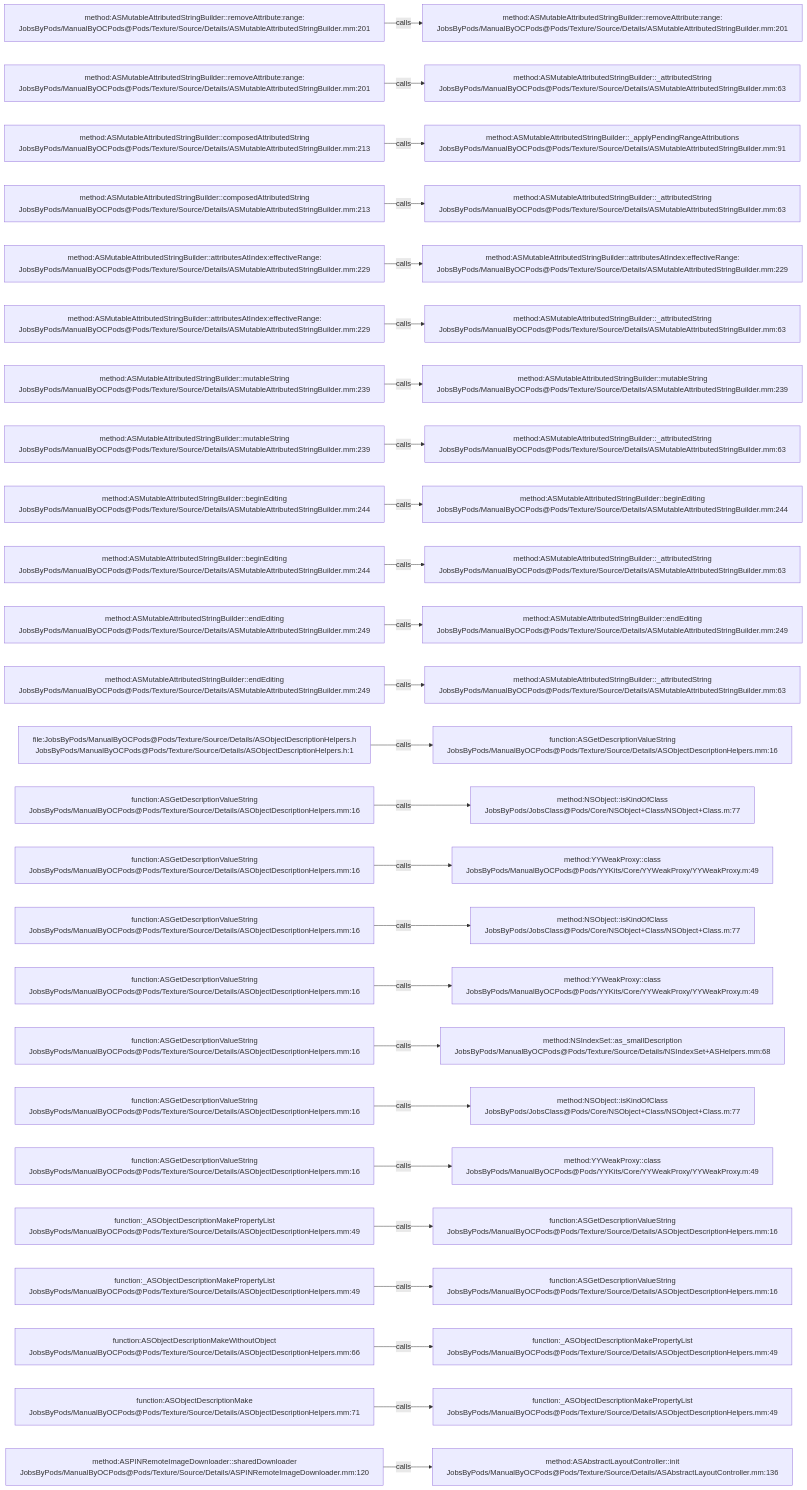
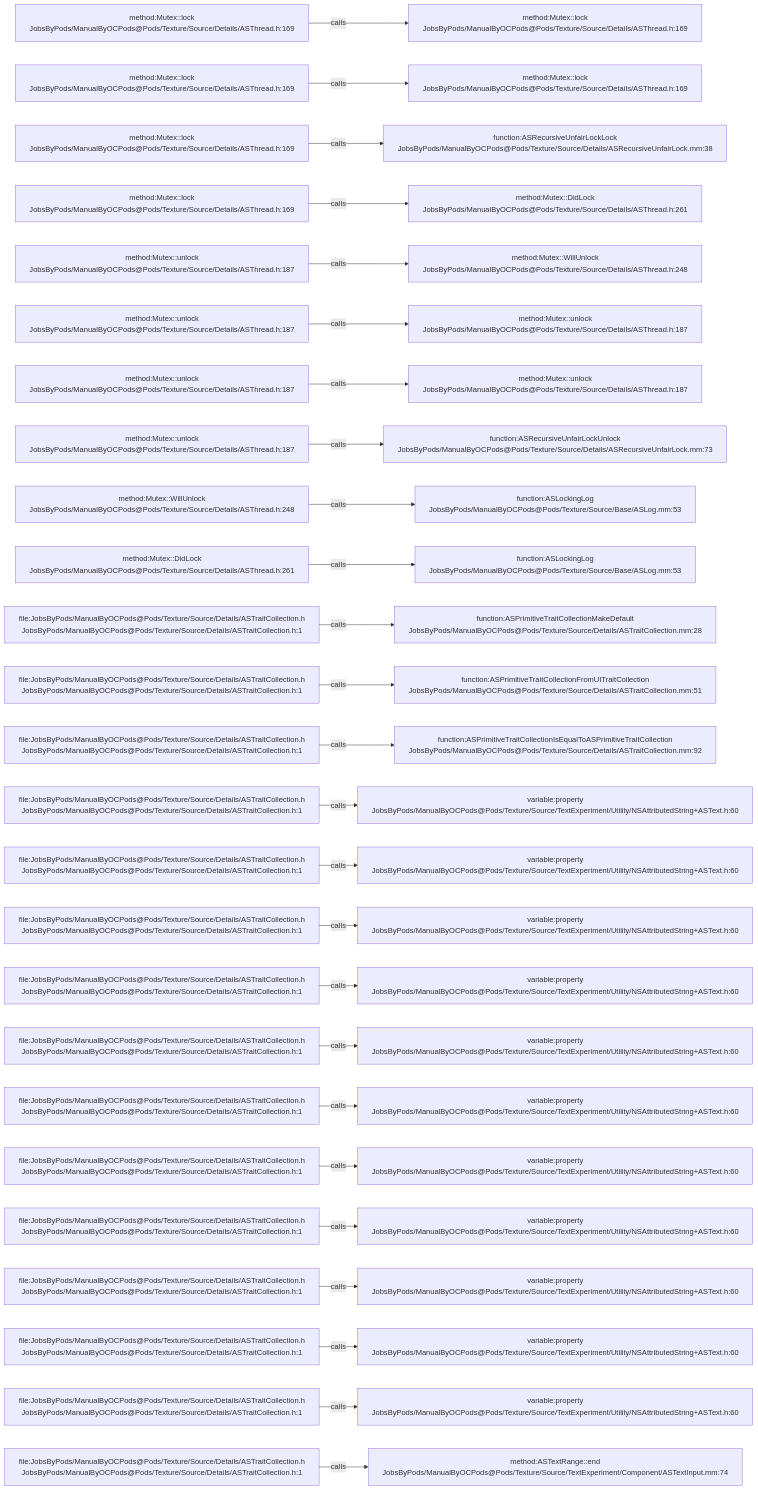
Before and after one commit to JobsKits/JobsOCBaseConfigDemo: the diagram in .codegraph/codegraph.md/graphs/calls-168.md, drawn with Mermaid. The commit also changed 1223 other files, not shown here.

````diff
--- a/.codegraph/codegraph.md/graphs/calls-168.md
+++ b/.codegraph/codegraph.md/graphs/calls-168.md
@@ -13,78 +13,78 @@
 ```mermaid
 flowchart LR
-  S1["method:ASMutableAttributedStringBuilder::removeAttribute:range:<br/>JobsByPods/ManualByOCPods@Pods/Texture/Source/Details/ASMutableAttributedStringBuilder.mm:201"]
-  T1["method:ASMutableAttributedStringBuilder::removeAttribute:range:<br/>JobsByPods/ManualByOCPods@Pods/Texture/Source/Details/ASMutableAttributedStringBuilder.mm:201"]
+  S1["method:Mutex::lock<br/>JobsByPods/ManualByOCPods@Pods/Texture/Source/Details/ASThread.h:169"]
+  T1["method:Mutex::lock<br/>JobsByPods/ManualByOCPods@Pods/Texture/Source/Details/ASThread.h:169"]
   S1 -->|calls| T1
-  S2["method:ASMutableAttributedStringBuilder::removeAttribute:range:<br/>JobsByPods/ManualByOCPods@Pods/Texture/Source/Details/ASMutableAttributedStringBuilder.mm:201"]
-  T2["method:ASMutableAttributedStringBuilder::_attributedString<br/>JobsByPods/ManualByOCPods@Pods/Texture/Source/Details/ASMutableAttributedStringBuilder.mm:63"]
+  S2["method:Mutex::lock<br/>JobsByPods/ManualByOCPods@Pods/Texture/Source/Details/ASThread.h:169"]
+  T2["method:Mutex::lock<br/>JobsByPods/ManualByOCPods@Pods/Texture/Source/Details/ASThread.h:169"]
   S2 -->|calls| T2
-  S3["method:ASMutableAttributedStringBuilder::composedAttributedString<br/>JobsByPods/ManualByOCPods@Pods/Texture/Source/Details/ASMutableAttributedStringBuilder.mm:213"]
-  T3["method:ASMutableAttributedStringBuilder::_applyPendingRangeAttributions<br/>JobsByPods/ManualByOCPods@Pods/Texture/Source/Details/ASMutableAttributedStringBuilder.mm:91"]
+  S3["method:Mutex::lock<br/>JobsByPods/ManualByOCPods@Pods/Texture/Source/Details/ASThread.h:169"]
+  T3["function:ASRecursiveUnfairLockLock<br/>JobsByPods/ManualByOCPods@Pods/Texture/Source/Details/ASRecursiveUnfairLock.mm:38"]
   S3 -->|calls| T3
-  S4["method:ASMutableAttributedStringBuilder::composedAttributedString<br/>JobsByPods/ManualByOCPods@Pods/Texture/Source/Details/ASMutableAttributedStringBuilder.mm:213"]
-  T4["method:ASMutableAttributedStringBuilder::_attributedString<br/>JobsByPods/ManualByOCPods@Pods/Texture/Source/Details/ASMutableAttributedStringBuilder.mm:63"]
+  S4["method:Mutex::lock<br/>JobsByPods/ManualByOCPods@Pods/Texture/Source/Details/ASThread.h:169"]
+  T4["method:Mutex::DidLock<br/>JobsByPods/ManualByOCPods@Pods/Texture/Source/Details/ASThread.h:261"]
   S4 -->|calls| T4
-  S5["method:ASMutableAttributedStringBuilder::attributesAtIndex:effectiveRange:<br/>JobsByPods/ManualByOCPods@Pods/Texture/Source/Details/ASMutableAttributedStringBuilder.mm:229"]
-  T5["method:ASMutableAttributedStringBuilder::attributesAtIndex:effectiveRange:<br/>JobsByPods/ManualByOCPods@Pods/Texture/Source/Details/ASMutableAttributedStringBuilder.mm:229"]
+  S5["method:Mutex::unlock<br/>JobsByPods/ManualByOCPods@Pods/Texture/Source/Details/ASThread.h:187"]
+  T5["method:Mutex::WillUnlock<br/>JobsByPods/ManualByOCPods@Pods/Texture/Source/Details/ASThread.h:248"]
   S5 -->|calls| T5
-  S6["method:ASMutableAttributedStringBuilder::attributesAtIndex:effectiveRange:<br/>JobsByPods/ManualByOCPods@Pods/Texture/Source/Details/ASMutableAttributedStringBuilder.mm:229"]
-  T6["method:ASMutableAttributedStringBuilder::_attributedString<br/>JobsByPods/ManualByOCPods@Pods/Texture/Source/Details/ASMutableAttributedStringBuilder.mm:63"]
+  S6["method:Mutex::unlock<br/>JobsByPods/ManualByOCPods@Pods/Texture/Source/Details/ASThread.h:187"]
+  T6["method:Mutex::unlock<br/>JobsByPods/ManualByOCPods@Pods/Texture/Source/Details/ASThread.h:187"]
   S6 -->|calls| T6
-  S7["method:ASMutableAttributedStringBuilder::mutableString<br/>JobsByPods/ManualByOCPods@Pods/Texture/Source/Details/ASMutableAttributedStringBuilder.mm:239"]
-  T7["method:ASMutableAttributedStringBuilder::mutableString<br/>JobsByPods/ManualByOCPods@Pods/Texture/Source/Details/ASMutableAttributedStringBuilder.mm:239"]
+  S7["method:Mutex::unlock<br/>JobsByPods/ManualByOCPods@Pods/Texture/Source/Details/ASThread.h:187"]
+  T7["method:Mutex::unlock<br/>JobsByPods/ManualByOCPods@Pods/Texture/Source/Details/ASThread.h:187"]
   S7 -->|calls| T7
-  S8["method:ASMutableAttributedStringBuilder::mutableString<br/>JobsByPods/ManualByOCPods@Pods/Texture/Source/Details/ASMutableAttributedStringBuilder.mm:239"]
-  T8["method:ASMutableAttributedStringBuilder::_attributedString<br/>JobsByPods/ManualByOCPods@Pods/Texture/Source/Details/ASMutableAttributedStringBuilder.mm:63"]
+  S8["method:Mutex::unlock<br/>JobsByPods/ManualByOCPods@Pods/Texture/Source/Details/ASThread.h:187"]
+  T8["function:ASRecursiveUnfairLockUnlock<br/>JobsByPods/ManualByOCPods@Pods/Texture/Source/Details/ASRecursiveUnfairLock.mm:73"]
   S8 -->|calls| T8
-  S9["method:ASMutableAttributedStringBuilder::beginEditing<br/>JobsByPods/ManualByOCPods@Pods/Texture/Source/Details/ASMutableAttributedStringBuilder.mm:244"]
-  T9["method:ASMutableAttributedStringBuilder::beginEditing<br/>JobsByPods/ManualByOCPods@Pods/Texture/Source/Details/ASMutableAttributedStringBuilder.mm:244"]
+  S9["method:Mutex::WillUnlock<br/>JobsByPods/ManualByOCPods@Pods/Texture/Source/Details/ASThread.h:248"]
+  T9["function:ASLockingLog<br/>JobsByPods/ManualByOCPods@Pods/Texture/Source/Base/ASLog.mm:53"]
   S9 -->|calls| T9
-  S10["method:ASMutableAttributedStringBuilder::beginEditing<br/>JobsByPods/ManualByOCPods@Pods/Texture/Source/Details/ASMutableAttributedStringBuilder.mm:244"]
-  T10["method:ASMutableAttributedStringBuilder::_attributedString<br/>JobsByPods/ManualByOCPods@Pods/Texture/Source/Details/ASMutableAttributedStringBuilder.mm:63"]
+  S10["method:Mutex::DidLock<br/>JobsByPods/ManualByOCPods@Pods/Texture/Source/Details/ASThread.h:261"]
+  T10["function:ASLockingLog<br/>JobsByPods/ManualByOCPods@Pods/Texture/Source/Base/ASLog.mm:53"]
   S10 -->|calls| T10
-  S11["method:ASMutableAttributedStringBuilder::endEditing<br/>JobsByPods/ManualByOCPods@Pods/Texture/Source/Details/ASMutableAttributedStringBuilder.mm:249"]
-  T11["method:ASMutableAttributedStringBuilder::endEditing<br/>JobsByPods/ManualByOCPods@Pods/Texture/Source/Details/ASMutableAttributedStringBuilder.mm:249"]
+  S11["file:JobsByPods/ManualByOCPods@Pods/Texture/Source/Details/ASTraitCollection.h<br/>JobsByPods/ManualByOCPods@Pods/Texture/Source/Details/ASTraitCollection.h:1"]
+  T11["function:ASPrimitiveTraitCollectionMakeDefault<br/>JobsByPods/ManualByOCPods@Pods/Texture/Source/Details/ASTraitCollection.mm:28"]
   S11 -->|calls| T11
-  S12["method:ASMutableAttributedStringBuilder::endEditing<br/>JobsByPods/ManualByOCPods@Pods/Texture/Source/Details/ASMutableAttributedStringBuilder.mm:249"]
-  T12["method:ASMutableAttributedStringBuilder::_attributedString<br/>JobsByPods/ManualByOCPods@Pods/Texture/Source/Details/ASMutableAttributedStringBuilder.mm:63"]
+  S12["file:JobsByPods/ManualByOCPods@Pods/Texture/Source/Details/ASTraitCollection.h<br/>JobsByPods/ManualByOCPods@Pods/Texture/Source/Details/ASTraitCollection.h:1"]
+  T12["function:ASPrimitiveTraitCollectionFromUITraitCollection<br/>JobsByPods/ManualByOCPods@Pods/Texture/Source/Details/ASTraitCollection.mm:51"]
   S12 -->|calls| T12
-  S13["file:JobsByPods/ManualByOCPods@Pods/Texture/Source/Details/ASObjectDescriptionHelpers.h<br/>JobsByPods/ManualByOCPods@Pods/Texture/Source/Details/ASObjectDescriptionHelpers.h:1"]
-  T13["function:ASGetDescriptionValueString<br/>JobsByPods/ManualByOCPods@Pods/Texture/Source/Details/ASObjectDescriptionHelpers.mm:16"]
+  S13["file:JobsByPods/ManualByOCPods@Pods/Texture/Source/Details/ASTraitCollection.h<br/>JobsByPods/ManualByOCPods@Pods/Texture/Source/Details/ASTraitCollection.h:1"]
+  T13["function:ASPrimitiveTraitCollectionIsEqualToASPrimitiveTraitCollection<br/>JobsByPods/ManualByOCPods@Pods/Texture/Source/Details/ASTraitCollection.mm:92"]
   S13 -->|calls| T13
-  S14["function:ASGetDescriptionValueString<br/>JobsByPods/ManualByOCPods@Pods/Texture/Source/Details/ASObjectDescriptionHelpers.mm:16"]
-  T14["method:NSObject::isKindOfClass<br/>JobsByPods/JobsClass@Pods/Core/NSObject+Class/NSObject+Class.m:77"]
+  S14["file:JobsByPods/ManualByOCPods@Pods/Texture/Source/Details/ASTraitCollection.h<br/>JobsByPods/ManualByOCPods@Pods/Texture/Source/Details/ASTraitCollection.h:1"]
+  T14["variable:property<br/>JobsByPods/ManualByOCPods@Pods/Texture/Source/TextExperiment/Utility/NSAttributedString+ASText.h:60"]
   S14 -->|calls| T14
-  S15["function:ASGetDescriptionValueString<br/>JobsByPods/ManualByOCPods@Pods/Texture/Source/Details/ASObjectDescriptionHelpers.mm:16"]
-  T15["method:YYWeakProxy::class<br/>JobsByPods/ManualByOCPods@Pods/YYKits/Core/YYWeakProxy/YYWeakProxy.m:49"]
+  S15["file:JobsByPods/ManualByOCPods@Pods/Texture/Source/Details/ASTraitCollection.h<br/>JobsByPods/ManualByOCPods@Pods/Texture/Source/Details/ASTraitCollection.h:1"]
+  T15["variable:property<br/>JobsByPods/ManualByOCPods@Pods/Texture/Source/TextExperiment/Utility/NSAttributedString+ASText.h:60"]
   S15 -->|calls| T15
-  S16["function:ASGetDescriptionValueString<br/>JobsByPods/ManualByOCPods@Pods/Texture/Source/Details/ASObjectDescriptionHelpers.mm:16"]
-  T16["method:NSObject::isKindOfClass<br/>JobsByPods/JobsClass@Pods/Core/NSObject+Class/NSObject+Class.m:77"]
+  S16["file:JobsByPods/ManualByOCPods@Pods/Texture/Source/Details/ASTraitCollection.h<br/>JobsByPods/ManualByOCPods@Pods/Texture/Source/Details/ASTraitCollection.h:1"]
+  T16["variable:property<br/>JobsByPods/ManualByOCPods@Pods/Texture/Source/TextExperiment/Utility/NSAttributedString+ASText.h:60"]
   S16 -->|calls| T16
-  S17["function:ASGetDescriptionValueString<br/>JobsByPods/ManualByOCPods@Pods/Texture/Source/Details/ASObjectDescriptionHelpers.mm:16"]
-  T17["method:YYWeakProxy::class<br/>JobsByPods/ManualByOCPods@Pods/YYKits/Core/YYWeakProxy/YYWeakProxy.m:49"]
+  S17["file:JobsByPods/ManualByOCPods@Pods/Texture/Source/Details/ASTraitCollection.h<br/>JobsByPods/ManualByOCPods@Pods/Texture/Source/Details/ASTraitCollection.h:1"]
+  T17["variable:property<br/>JobsByPods/ManualByOCPods@Pods/Texture/Source/TextExperiment/Utility/NSAttributedString+ASText.h:60"]
   S17 -->|calls| T17
-  S18["function:ASGetDescriptionValueString<br/>JobsByPods/ManualByOCPods@Pods/Texture/Source/Details/ASObjectDescriptionHelpers.mm:16"]
-  T18["method:NSIndexSet::as_smallDescription<br/>JobsByPods/ManualByOCPods@Pods/Texture/Source/Details/NSIndexSet+ASHelpers.mm:68"]
+  S18["file:JobsByPods/ManualByOCPods@Pods/Texture/Source/Details/ASTraitCollection.h<br/>JobsByPods/ManualByOCPods@Pods/Texture/Source/Details/ASTraitCollection.h:1"]
+  T18["variable:property<br/>JobsByPods/ManualByOCPods@Pods/Texture/Source/TextExperiment/Utility/NSAttributedString+ASText.h:60"]
   S18 -->|calls| T18
-  S19["function:ASGetDescriptionValueString<br/>JobsByPods/ManualByOCPods@Pods/Texture/Source/Details/ASObjectDescriptionHelpers.mm:16"]
-  T19["method:NSObject::isKindOfClass<br/>JobsByPods/JobsClass@Pods/Core/NSObject+Class/NSObject+Class.m:77"]
+  S19["file:JobsByPods/ManualByOCPods@Pods/Texture/Source/Details/ASTraitCollection.h<br/>JobsByPods/ManualByOCPods@Pods/Texture/Source/Details/ASTraitCollection.h:1"]
+  T19["variable:property<br/>JobsByPods/ManualByOCPods@Pods/Texture/Source/TextExperiment/Utility/NSAttributedString+ASText.h:60"]
   S19 -->|calls| T19
-  S20["function:ASGetDescriptionValueString<br/>JobsByPods/ManualByOCPods@Pods/Texture/Source/Details/ASObjectDescriptionHelpers.mm:16"]
-  T20["method:YYWeakProxy::class<br/>JobsByPods/ManualByOCPods@Pods/YYKits/Core/YYWeakProxy/YYWeakProxy.m:49"]
+  S20["file:JobsByPods/ManualByOCPods@Pods/Texture/Source/Details/ASTraitCollection.h<br/>JobsByPods/ManualByOCPods@Pods/Texture/Source/Details/ASTraitCollection.h:1"]
+  T20["variable:property<br/>JobsByPods/ManualByOCPods@Pods/Texture/Source/TextExperiment/Utility/NSAttributedString+ASText.h:60"]
   S20 -->|calls| T20
-  S21["function:_ASObjectDescriptionMakePropertyList<br/>JobsByPods/ManualByOCPods@Pods/Texture/Source/Details/ASObjectDescriptionHelpers.mm:49"]
-  T21["function:ASGetDescriptionValueString<br/>JobsByPods/ManualByOCPods@Pods/Texture/Source/Details/ASObjectDescriptionHelpers.mm:16"]
+  S21["file:JobsByPods/ManualByOCPods@Pods/Texture/Source/Details/ASTraitCollection.h<br/>JobsByPods/ManualByOCPods@Pods/Texture/Source/Details/ASTraitCollection.h:1"]
+  T21["variable:property<br/>JobsByPods/ManualByOCPods@Pods/Texture/Source/TextExperiment/Utility/NSAttributedString+ASText.h:60"]
   S21 -->|calls| T21
-  S22["function:_ASObjectDescriptionMakePropertyList<br/>JobsByPods/ManualByOCPods@Pods/Texture/Source/Details/ASObjectDescriptionHelpers.mm:49"]
-  T22["function:ASGetDescriptionValueString<br/>JobsByPods/ManualByOCPods@Pods/Texture/Source/Details/ASObjectDescriptionHelpers.mm:16"]
+  S22["file:JobsByPods/ManualByOCPods@Pods/Texture/Source/Details/ASTraitCollection.h<br/>JobsByPods/ManualByOCPods@Pods/Texture/Source/Details/ASTraitCollection.h:1"]
+  T22["variable:property<br/>JobsByPods/ManualByOCPods@Pods/Texture/Source/TextExperiment/Utility/NSAttributedString+ASText.h:60"]
   S22 -->|calls| T22
-  S23["function:ASObjectDescriptionMakeWithoutObject<br/>JobsByPods/ManualByOCPods@Pods/Texture/Source/Details/ASObjectDescriptionHelpers.mm:66"]
-  T23["function:_ASObjectDescriptionMakePropertyList<br/>JobsByPods/ManualByOCPods@Pods/Texture/Source/Details/ASObjectDescriptionHelpers.mm:49"]
+  S23["file:JobsByPods/ManualByOCPods@Pods/Texture/Source/Details/ASTraitCollection.h<br/>JobsByPods/ManualByOCPods@Pods/Texture/Source/Details/ASTraitCollection.h:1"]
+  T23["variable:property<br/>JobsByPods/ManualByOCPods@Pods/Texture/Source/TextExperiment/Utility/NSAttributedString+ASText.h:60"]
   S23 -->|calls| T23
-  S24["function:ASObjectDescriptionMake<br/>JobsByPods/ManualByOCPods@Pods/Texture/Source/Details/ASObjectDescriptionHelpers.mm:71"]
-  T24["function:_ASObjectDescriptionMakePropertyList<br/>JobsByPods/ManualByOCPods@Pods/Texture/Source/Details/ASObjectDescriptionHelpers.mm:49"]
+  S24["file:JobsByPods/ManualByOCPods@Pods/Texture/Source/Details/ASTraitCollection.h<br/>JobsByPods/ManualByOCPods@Pods/Texture/Source/Details/ASTraitCollection.h:1"]
+  T24["variable:property<br/>JobsByPods/ManualByOCPods@Pods/Texture/Source/TextExperiment/Utility/NSAttributedString+ASText.h:60"]
   S24 -->|calls| T24
-  S25["method:ASPINRemoteImageDownloader::sharedDownloader<br/>JobsByPods/ManualByOCPods@Pods/Texture/Source/Details/ASPINRemoteImageDownloader.mm:120"]
-  T25["method:ASAbstractLayoutController::init<br/>JobsByPods/ManualByOCPods@Pods/Texture/Source/Details/ASAbstractLayoutController.mm:136"]
+  S25["file:JobsByPods/ManualByOCPods@Pods/Texture/Source/Details/ASTraitCollection.h<br/>JobsByPods/ManualByOCPods@Pods/Texture/Source/Details/ASTraitCollection.h:1"]
+  T25["method:ASTextRange::end<br/>JobsByPods/ManualByOCPods@Pods/Texture/Source/TextExperiment/Component/ASTextInput.mm:74"]
   S25 -->|calls| T25
 ```
````
